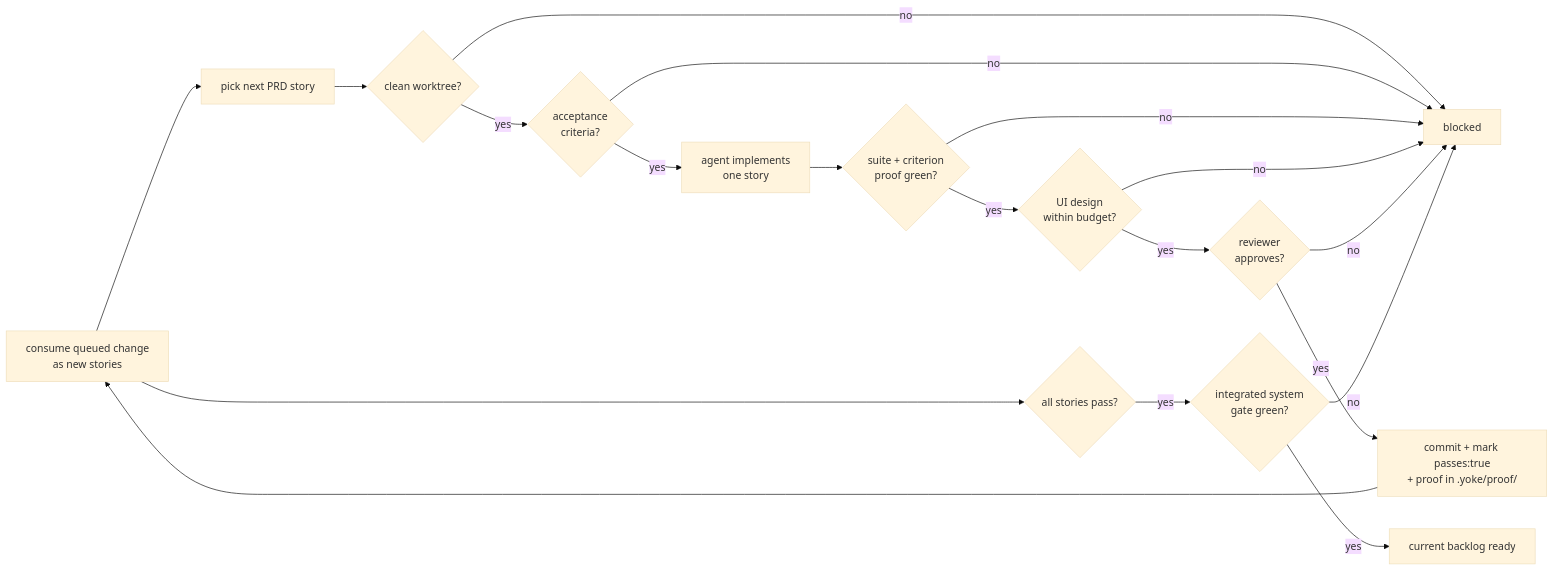
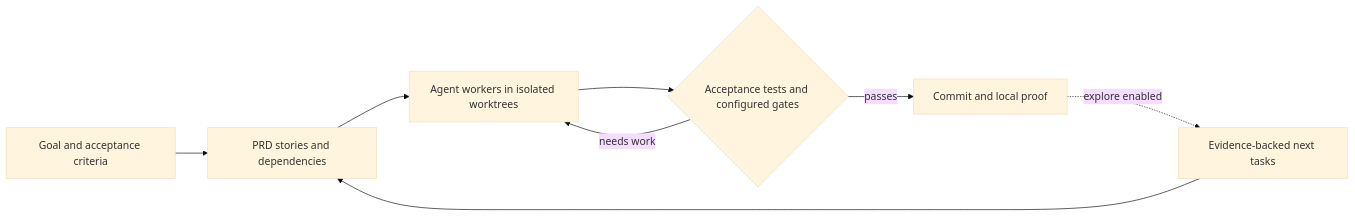
Before and after one commit to HECer/yoke: the diagram in README.md, drawn with Mermaid (base theme). The commit also changed other lines of this file and 19 other files, not shown here.

````diff
--- a/README.md
+++ b/README.md
@@ -416,21 +24,10 @@
 ```mermaid
 flowchart LR
-    I[consume queued change<br/>as new stories] --> A[pick next PRD story]
-    A --> B{clean worktree?}
-    B -- no --> X[blocked]
-    B -- yes --> C{acceptance<br/>criteria?}
-    C -- no --> X
-    C -- yes --> D[agent implements<br/>one story]
-    D --> E{suite + criterion<br/>proof green?}
-    E -- no --> X
-    E -- yes --> V{UI design<br/>within budget?}
-    V -- no --> X
-    V -- yes --> F{reviewer<br/>approves?}
-    F -- no --> X
-    F -- yes --> G[commit + mark passes:true<br/>+ proof in .yoke/proof/]
-    G --> I
-    I --> H{all stories pass?}
-    H -- yes --> J{integrated system<br/>gate green?}
-    J -- no --> X
-    J -- yes --> K[current backlog ready]
+  A[Goal and acceptance criteria] --> B[PRD stories and dependencies]
+  B --> C[Agent workers in isolated worktrees]
+  C --> D{Acceptance tests and configured gates}
+  D -- needs work --> C
+  D -- passes --> E[Commit and local proof]
+  E -. explore enabled .-> F[Evidence-backed next tasks]
+  F --> B
 ```
````
